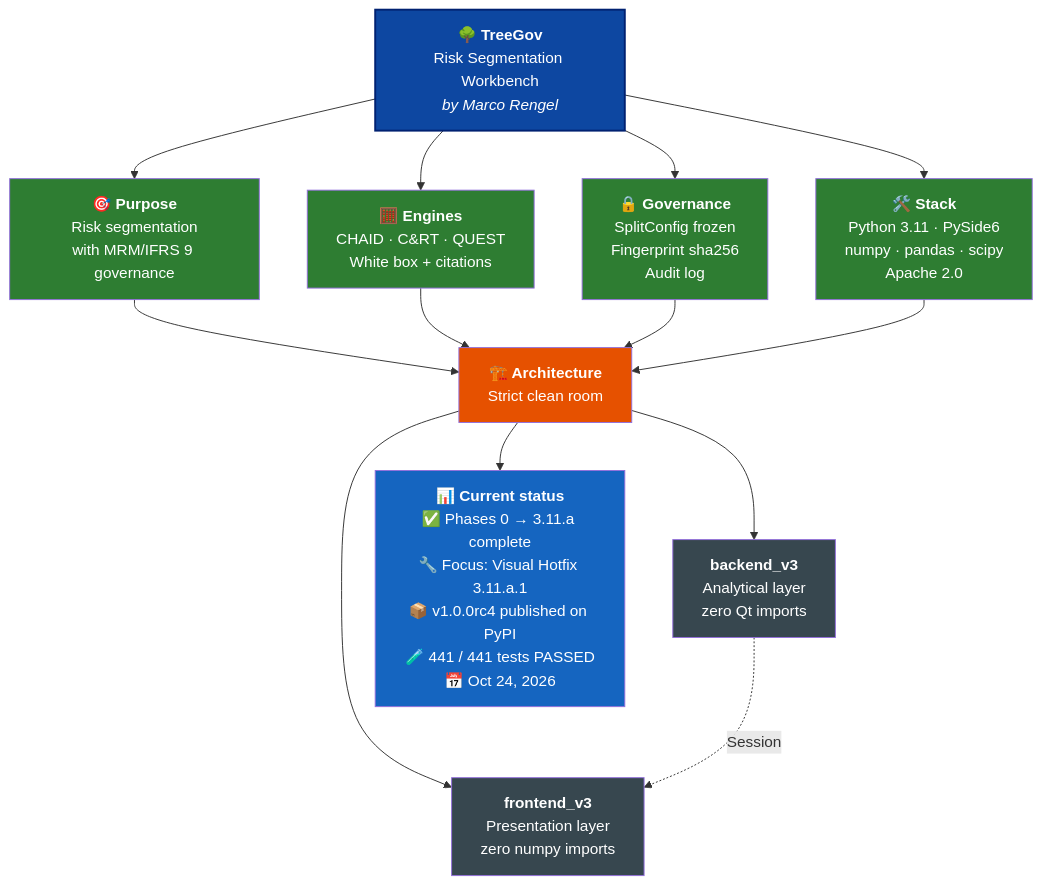
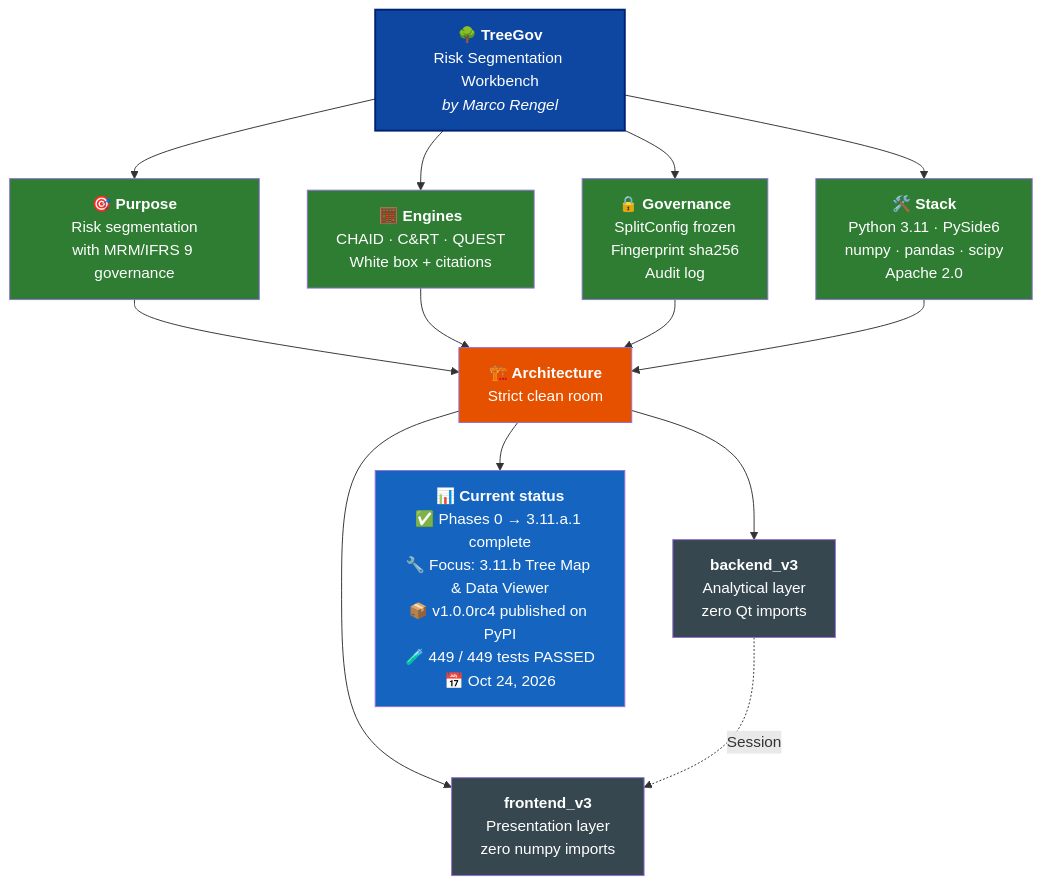
Before and after one commit to Marco-Rengel/treegov: the diagram in README.md, drawn with Mermaid. The commit also changed other lines of this file and 13 other files, not shown here.

````diff
--- a/README.md
+++ b/README.md
@@ -36,31 +36,31 @@
 ```mermaid
 flowchart TB
     TG["<b>🌳 TreeGov</b><br/>Risk Segmentation Workbench<br/><i>by Marco Rengel</i>"]
 
     TG --> P["<b>🎯 Purpose</b><br/>Risk segmentation<br/>with MRM/IFRS 9 governance"]
     TG --> M["<b>🧮 Engines</b><br/>CHAID · C&RT · QUEST<br/>White box + citations"]
     TG --> G["<b>🔒 Governance</b><br/>SplitConfig frozen<br/>Fingerprint sha256<br/>Audit log"]
     TG --> S["<b>🛠️ Stack</b><br/>Python 3.11 · PySide6<br/>numpy · pandas · scipy<br/>Apache 2.0"]
 
     P --> ARQ["<b>🏗️ Architecture</b><br/>Strict clean room"]
     M --> ARQ
     G --> ARQ
     S --> ARQ
 
     ARQ --> BE["<b>backend_v3</b><br/>Analytical layer<br/>zero Qt imports"]
     ARQ --> FE["<b>frontend_v3</b><br/>Presentation layer<br/>zero numpy imports"]
 
     BE -.->|Session| FE
 
-    ARQ --> ST["<b>📊 Current status</b><br/>✅ Phases 0 → 3.11.a complete<br/>🔧 Focus: Visual Hotfix 3.11.a.1<br/>📦 v1.0.0rc4 published on PyPI<br/>🧪 441 / 441 tests PASSED<br/>📅 Oct 24, 2026"]
+    ARQ --> ST["<b>📊 Current status</b><br/>✅ Phases 0 → 3.11.a.1 complete<br/>🔧 Focus: 3.11.b Tree Map & Data Viewer<br/>📦 v1.0.0rc4 published on PyPI<br/>🧪 449 / 449 tests PASSED<br/>📅 Oct 24, 2026"]
 
     style TG fill:#0D47A1,color:#fff,stroke:#002171,stroke-width:2px
     style P fill:#2E7D32,color:#fff
     style M fill:#2E7D32,color:#fff
     style G fill:#2E7D32,color:#fff
     style S fill:#2E7D32,color:#fff
     style ARQ fill:#E65100,color:#fff
     style BE fill:#37474F,color:#fff
     style FE fill:#37474F,color:#fff
     style ST fill:#1565C0,color:#fff
 ```
````
